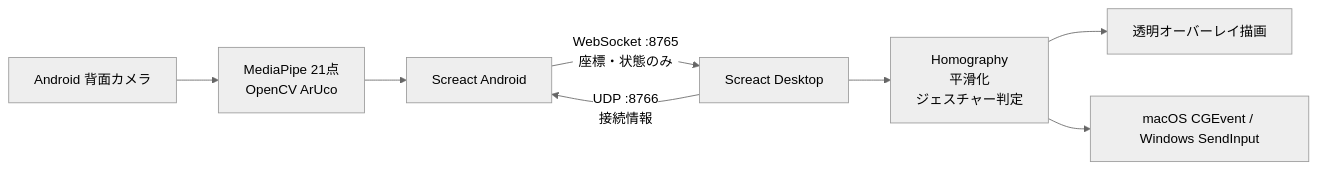
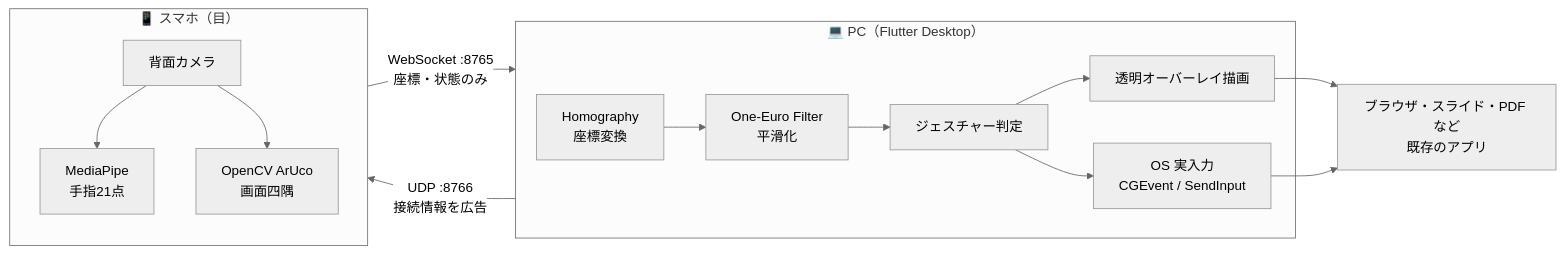
Before and after one commit to KIT-DevelopersHub/screact: the diagram in README.md, drawn with Mermaid (neutral theme). The commit also changed other lines of this file, not shown here.

````diff
--- a/README.md
+++ b/README.md
@@ -97,10 +131,16 @@
 ```mermaid
 flowchart LR
-    Camera["Android 背面カメラ"] --> Vision["MediaPipe 21点\nOpenCV ArUco"]
-    Desktop["Screact Desktop"] -- "UDP :8766\n接続情報" --> Android["Screact Android"]
-    Vision --> Android
-    Android -- "WebSocket :8765\n座標・状態のみ" --> Desktop
-    Desktop --> Transform["Homography\n平滑化\nジェスチャー判定"]
-    Transform --> Overlay["透明オーバーレイ描画"]
-    Transform --> Input["macOS CGEvent / Windows SendInput"]
+    subgraph Phone["📱 スマホ（目）"]
+        Camera["背面カメラ"] --> Vision["MediaPipe<br/>手指21点"]
+        Camera --> Aruco["OpenCV ArUco<br/>画面四隅"]
+    end
+    subgraph PC["💻 PC（Flutter Desktop）"]
+        Homography["Homography<br/>座標変換"] --> Filter["One-Euro Filter<br/>平滑化"] --> Gesture["ジェスチャー判定"]
+        Gesture --> Overlay["透明オーバーレイ描画"]
+        Gesture --> OSInput["OS 実入力<br/>CGEvent / SendInput"]
+    end
+    PC -- "UDP :8766<br/>接続情報を広告" --> Phone
+    Phone -- "WebSocket :8765<br/>座標・状態のみ" --> PC
+    Overlay --> Apps["ブラウザ・スライド・PDF など<br/>既存のアプリ"]
+    OSInput --> Apps
 ```
````
